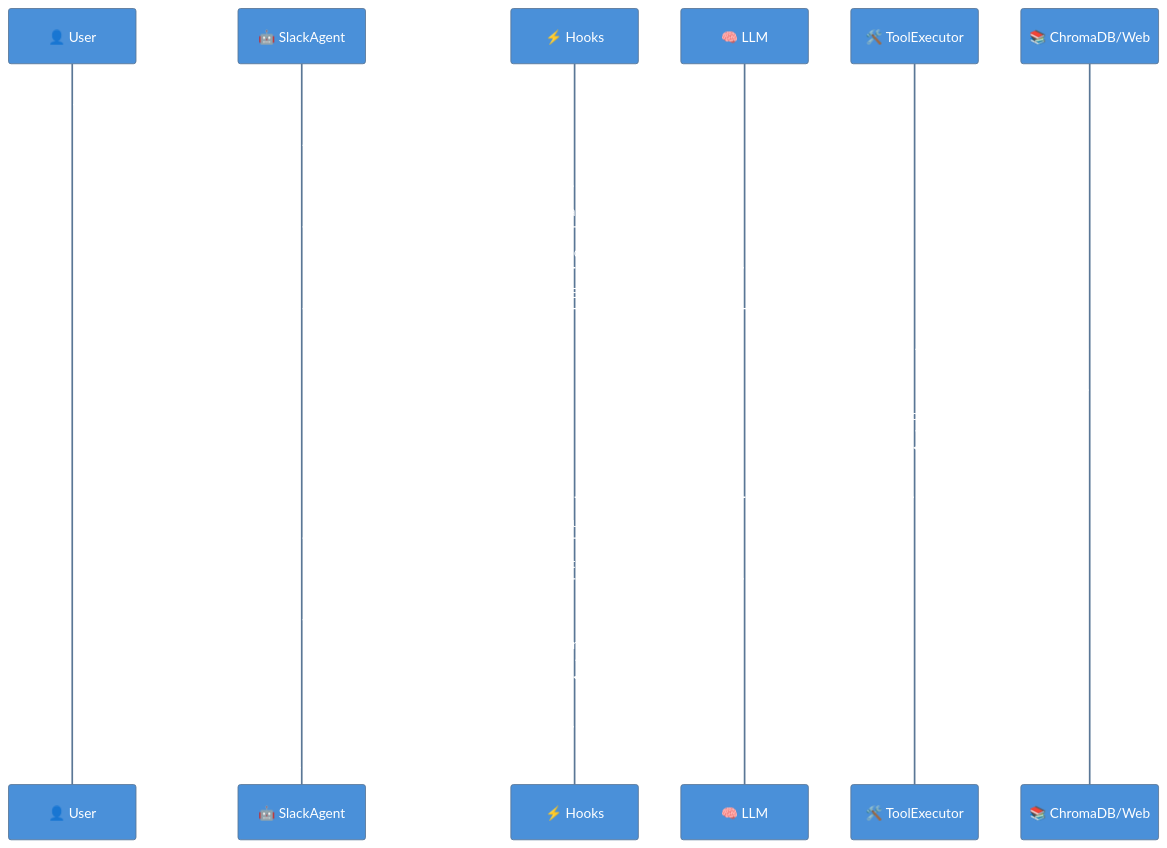
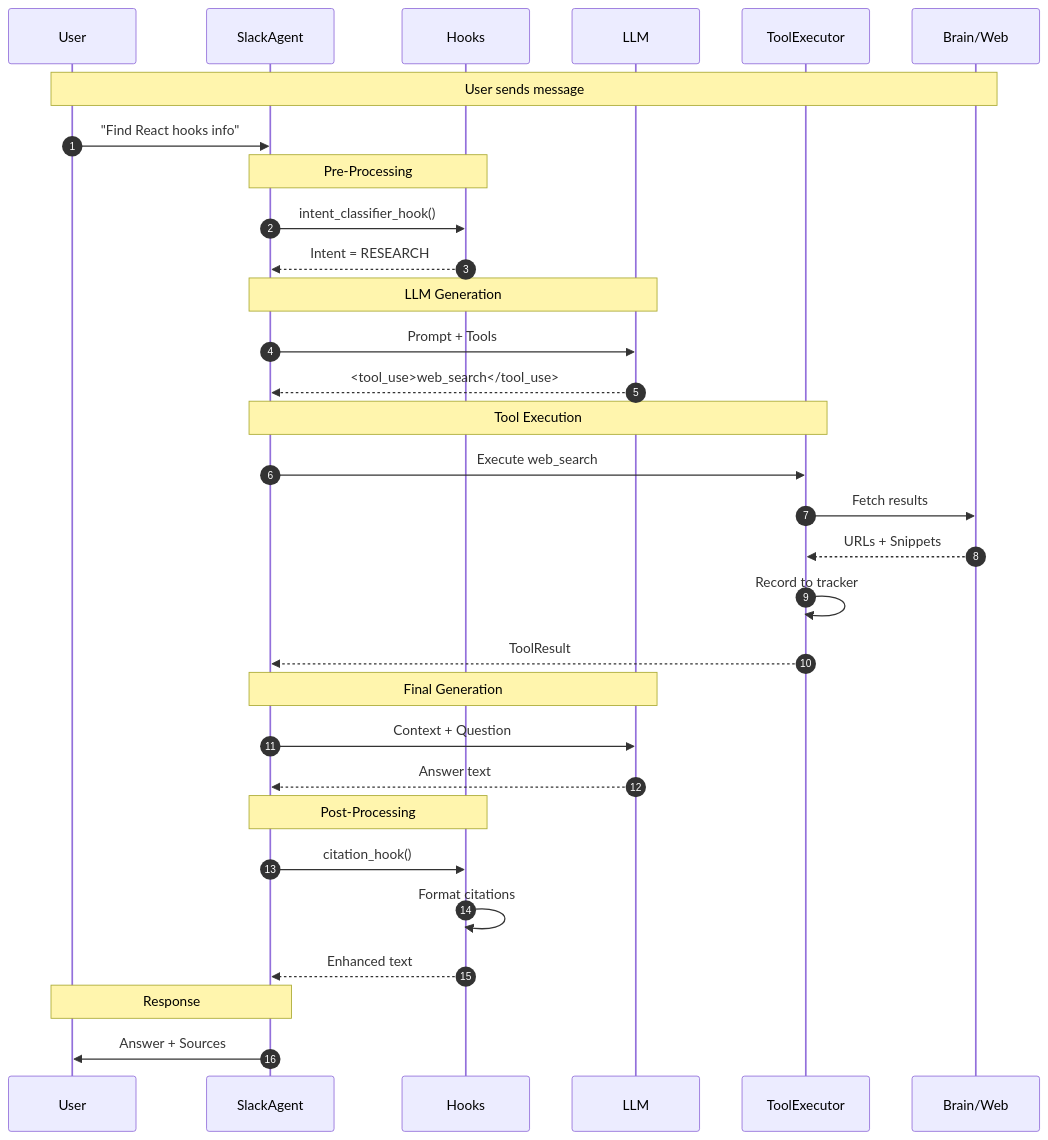
The diagram in docs/report_images/tool_loop_sequence.mmd (earchibald/home-brain), drawn with Mermaid before and after one commit. The commit also changed 1 other file, not shown here.

Commit message:
Recreate tool loop sequence with visible flow
- Added autonumber for step tracking
- Added Note annotations for phase clarity
- Simplified participant aliases
- Increased diagram dimensions to 1200x1000

```diff
--- a/docs/report_images/tool_loop_sequence.mmd
+++ b/docs/report_images/tool_loop_sequence.mmd
@@ -1,30 +1,38 @@
-%%{init: {'theme': 'base', 'themeVariables': { 'primaryColor': '#4a90d9', 'primaryTextColor': '#fff', 'lineColor': '#5a6f85'}}}%%
 sequenceDiagram
-    participant User as 👤 User
-    participant Agent as 🤖 SlackAgent
-    participant Hooks as ⚡ Hooks
-    participant LLM as 🧠 LLM
-    participant Tools as 🛠️ ToolExecutor
-    participant Brain as 📚 ChromaDB/Web
+    autonumber
+    participant U as User
+    participant SA as SlackAgent
+    participant H as Hooks
+    participant L as LLM
+    participant TE as ToolExecutor
+    participant B as Brain/Web
 
-    User->>Agent: "Find React hooks info"
-    Agent->>Hooks: Pre-process: intent_classifier_hook()
-    Hooks-->>Agent: Intent: RESEARCH
+    Note over U,B: User sends message
+    U->>SA: "Find React hooks info"
     
-    Agent->>LLM: Generate (tools available)
-    LLM-->>Agent: tool_use: web_search("React hooks")
+    Note over SA,H: Pre-Processing
+    SA->>H: intent_classifier_hook()
+    H-->>SA: Intent = RESEARCH
     
-    Agent->>Tools: Execute tool
-    Tools->>Brain: Fetch results
-    Brain-->>Tools: Snippets + URLs
-    Tools->>Tools: Record sources to tracker
-    Tools-->>Agent: ToolResult
+    Note over SA,L: LLM Generation
+    SA->>L: Prompt + Tools
+    L-->>SA: <tool_use>web_search</tool_use>
     
-    Agent->>LLM: Tool context + original question
-    LLM-->>Agent: Final answer text
+    Note over SA,TE: Tool Execution
+    SA->>TE: Execute web_search
+    TE->>B: Fetch results
+    B-->>TE: URLs + Snippets
+    TE->>TE: Record to tracker
+    TE-->>SA: ToolResult
     
-    Agent->>Hooks: Post-process: citation_hook()
-    Hooks->>Hooks: Format citations from tracker
-    Hooks-->>Agent: Enhanced response
+    Note over SA,L: Final Generation
+    SA->>L: Context + Question
+    L-->>SA: Answer text
     
-    Agent->>User: Final response with citations
+    Note over SA,H: Post-Processing
+    SA->>H: citation_hook()
+    H->>H: Format citations
+    H-->>SA: Enhanced text
+    
+    Note over U,SA: Response
+    SA->>U: Answer + Sources
```
